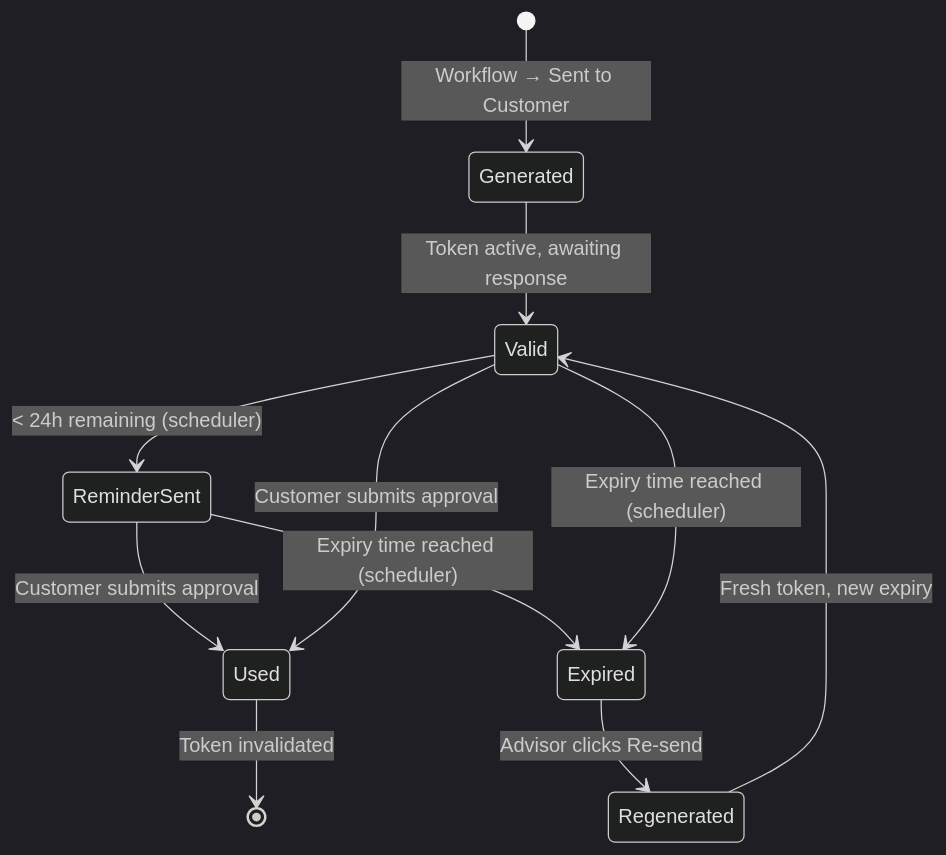
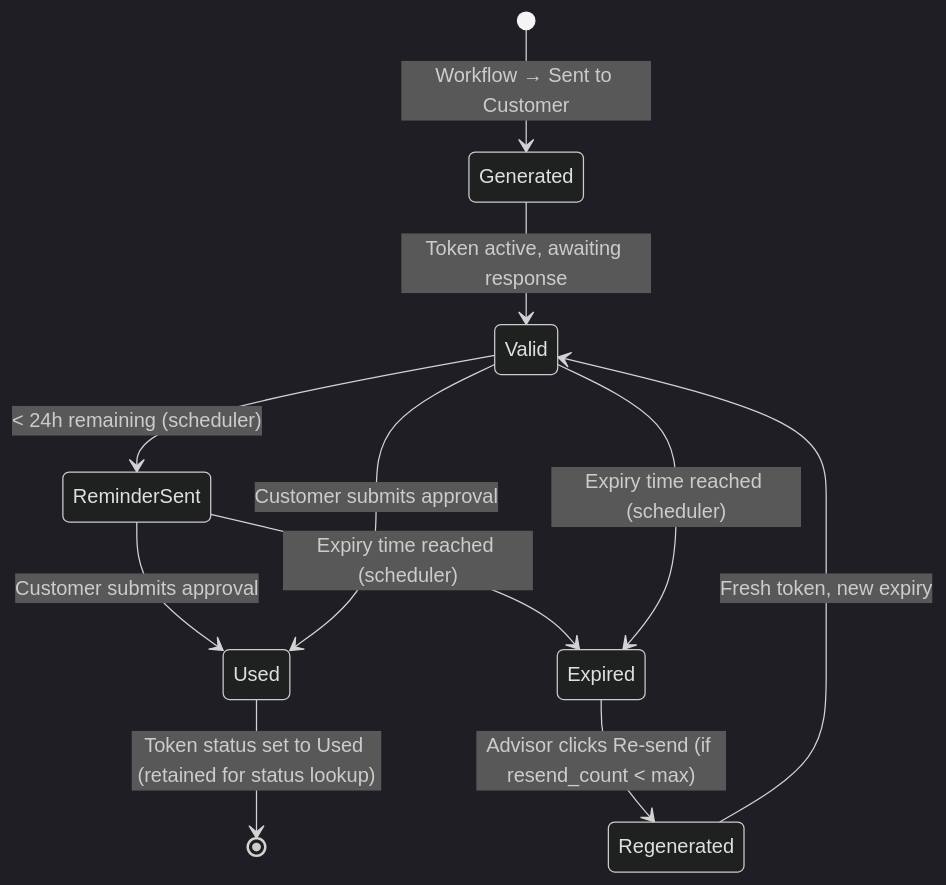
One commit to patricklai3/induct_shop changed the fifth of 6 diagrams in docs/development/quotation-approval-system-spec.md. Above: the diagram before and after it, drawn with Mermaid (dark theme). The commit also changed other lines of this file, not shown here.

````diff
--- a/docs/development/quotation-approval-system-spec.md
+++ b/docs/development/quotation-approval-system-spec.md
@@ -682,13 +702,13 @@
 ```mermaid
 stateDiagram-v2
     [*] --> Generated: Workflow → Sent to Customer
     Generated --> Valid: Token active, awaiting response
     Valid --> ReminderSent: < 24h remaining (scheduler)
     ReminderSent --> Used: Customer submits approval
     Valid --> Used: Customer submits approval
     ReminderSent --> Expired: Expiry time reached (scheduler)
     Valid --> Expired: Expiry time reached (scheduler)
-    Expired --> Regenerated: Advisor clicks Re-send
+    Expired --> Regenerated: Advisor clicks Re-send (if resend_count < max)
     Regenerated --> Valid: Fresh token, new expiry
-    Used --> [*]: Token invalidated
+    Used --> [*]: Token status set to Used (retained for status lookup)
 ```
````
